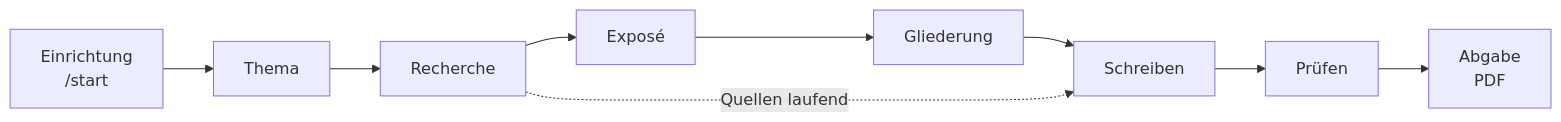
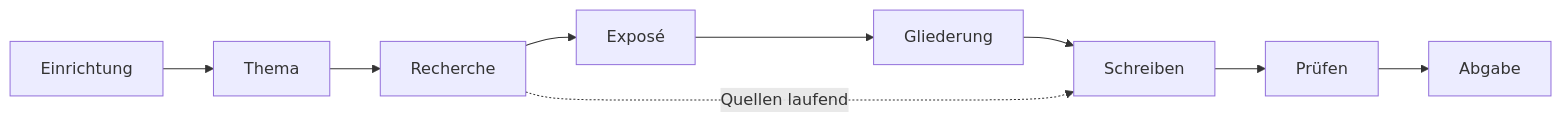
One commit to koljaschoepe/scientific-writing changed the diagram in README.md. Above: the diagram before and after it, drawn with Mermaid. The commit also changed other lines of this file and 303 other files, not shown here.

````diff
--- a/README.md
+++ b/README.md
@@ -45,11 +64,11 @@
 ```mermaid
 flowchart LR
-  A[Einrichtung<br>/start] --> B[Thema]
+  A[Einrichtung] --> B[Thema]
   B --> C[Recherche]
   C --> D[Exposé]
   D --> E[Gliederung]
   E --> F[Schreiben]
   F --> G[Prüfen]
-  G --> H[Abgabe<br>PDF]
+  G --> H[Abgabe]
   C -. Quellen laufend .-> F
 ```
````
